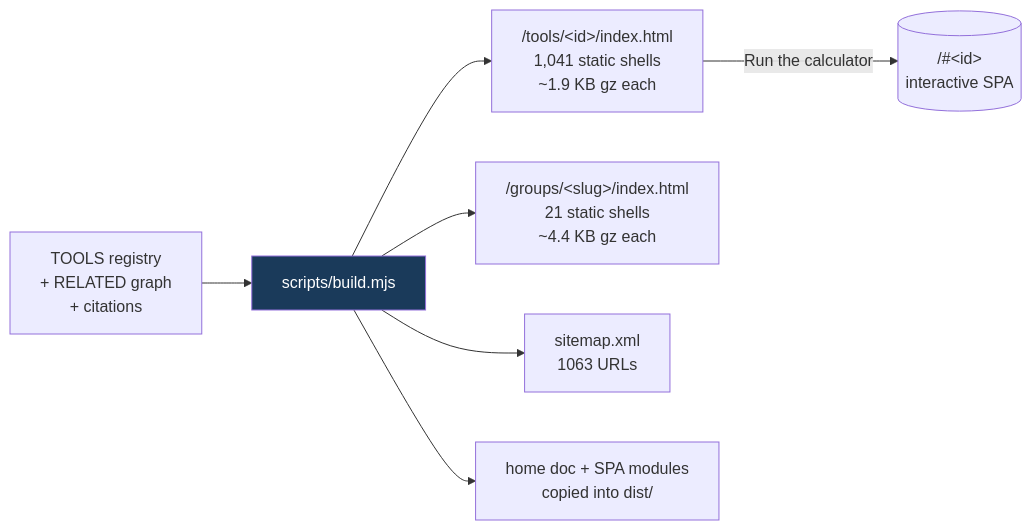
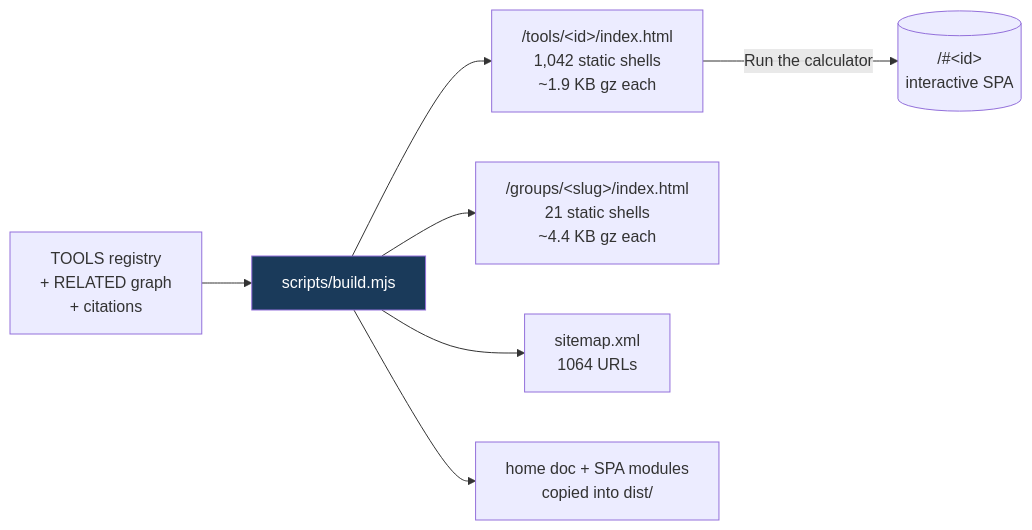
Before and after one commit to clay-good/roughlogic.com: the fifth of 8 diagrams in README.md, drawn with Mermaid. The commit also changed other lines of this file and 13 other files, not shown here.

````diff
--- a/README.md
+++ b/README.md
@@ -495,10 +495,10 @@
 ```mermaid
 flowchart LR
     SRC[TOOLS registry\n+ RELATED graph\n+ citations] --> BUILD[scripts/build.mjs]
-    BUILD --> TILE["/tools/&lt;id&gt;/index.html\n1,041 static shells\n~1.9 KB gz each"]
+    BUILD --> TILE["/tools/&lt;id&gt;/index.html\n1,042 static shells\n~1.9 KB gz each"]
     BUILD --> GROUP["/groups/&lt;slug&gt;/index.html\n21 static shells\n~4.4 KB gz each"]
-    BUILD --> MAP["sitemap.xml\n1063 URLs"]
+    BUILD --> MAP["sitemap.xml\n1064 URLs"]
     BUILD --> COPY[home doc + SPA modules\ncopied into dist/]
     TILE -->|Run the calculator| SPA[("/#&lt;id&gt;\ninteractive SPA")]
     style BUILD fill:#1a3a5a,color:#fff
 ```
````
